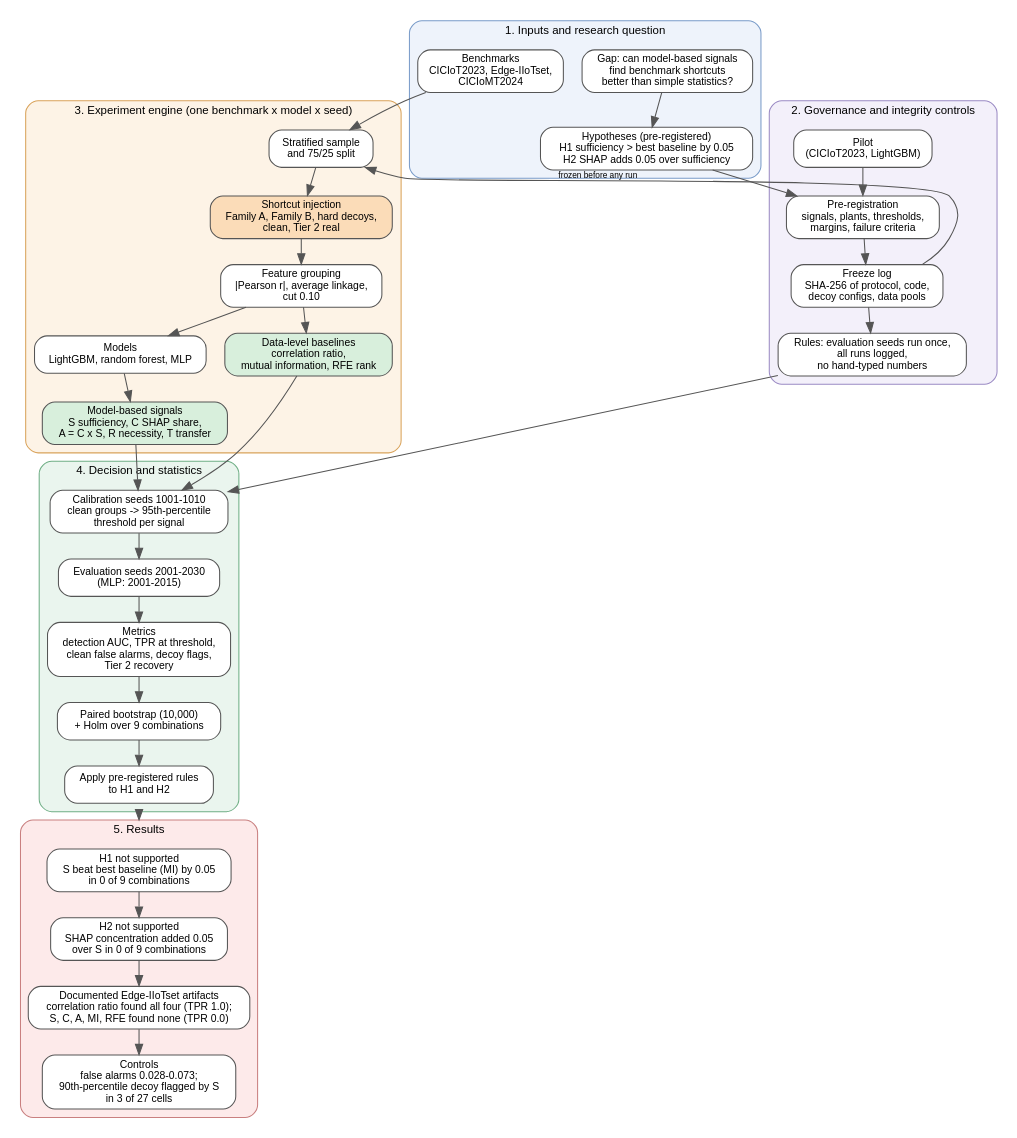
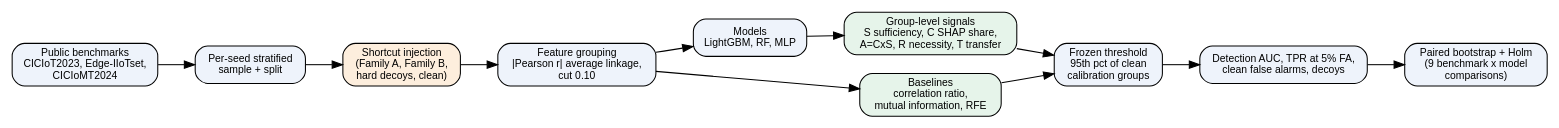
The diagram in figures/fig1_system.dot (Ajay102456/Shortcuts), drawn with Graphviz before and after one commit. The commit also changed 14 other files, not shown here.

Commit message:
Rewrite semicolon and dash sentences in figure and table sources

```diff
--- a/figures/fig1_system.dot
+++ b/figures/fig1_system.dot
@@ -1,47 +1,12 @@
-digraph A{
-rankdir=TB; compound=true; nodesep=0.25; ranksep=0.35; fontname="Helvetica";
-node[shape=box,style="rounded,filled",fontname="Helvetica",fontsize=10,fillcolor="white",color="#555555"];
-edge[fontname="Helvetica",fontsize=8,color="#555555"];
-
-subgraph cluster_in{label="1. Inputs and research question";style="rounded,filled";fillcolor="#eef3fb";color="#7a9cc9";fontsize=11;
- gap[label="Gap: can model-based signals\nfind benchmark shortcuts\nbetter than simple statistics?"];
- hyp[label="Hypotheses (pre-registered)\nH1 sufficiency > best baseline by 0.05\nH2 SHAP adds 0.05 over sufficiency"];
- data[label="Benchmarks\nCICIoT2023, Edge-IIoTset,\nCICIoMT2024"];
- gap->hyp;}
-
-subgraph cluster_gov{label="2. Governance and integrity controls";style="rounded,filled";fillcolor="#f3f0fa";color="#9b8bc4";fontsize=11;
- pilot[label="Pilot\n(CICIoT2023, LightGBM)"];
- prereg[label="Pre-registration\nsignals, plants, thresholds,\nmargins, failure criteria"];
- freeze[label="Freeze log\nSHA-256 of protocol, code,\ndecoy configs, data pools"];
- once[label="Rules: evaluation seeds run once,\nall runs logged,\nno hand-typed numbers"];
- pilot->prereg->freeze->once;}
-
-subgraph cluster_exp{label="3. Experiment engine (one benchmark x model x seed)";style="rounded,filled";fillcolor="#fdf3e6";color="#d9a35b";fontsize=11;
- samp[label="Stratified sample\nand 75/25 split"];
- plant[label="Shortcut injection\nFamily A, Family B, hard decoys,\nclean, Tier 2 real",fillcolor="#fbdcb8"];
- grp[label="Feature grouping\n|Pearson r|, average linkage,\ncut 0.10"];
- mod[label="Models\nLightGBM, random forest, MLP"];
- sig[label="Model-based signals\nS sufficiency, C SHAP share,\nA = C x S, R necessity, T transfer",fillcolor="#d8efdc"];
- base[label="Data-level baselines\ncorrelation ratio,\nmutual information, RFE rank",fillcolor="#d8efdc"];
- samp->plant->grp->mod->sig; grp->base;}
-
-subgraph cluster_dec{label="4. Decision and statistics";style="rounded,filled";fillcolor="#eaf5ee";color="#6fae85";fontsize=11;
- cal[label="Calibration seeds 1001-1010\nclean groups -> 95th-percentile\nthreshold per signal"];
- evals[label="Evaluation seeds 2001-2030\n(MLP: 2001-2015)"];
- met[label="Metrics\ndetection AUC, TPR at threshold,\nclean false alarms, decoy flags,\nTier 2 recovery"];
- stat[label="Paired bootstrap (10,000)\n+ Holm over 9 combinations"];
- rule[label="Apply pre-registered rules\nto H1 and H2"];
- cal->evals->met->stat->rule;}
-
-subgraph cluster_rep{label="5. Results";style="rounded,filled";fillcolor="#fdeaea";color="#c98080";fontsize=11;
- r1[label="H1 not supported\nS beat best baseline (MI) by 0.05\nin 0 of 9 combinations"];
- r2[label="H2 not supported\nSHAP concentration added 0.05\nover S in 0 of 9 combinations"];
- r3[label="Documented Edge-IIoTset artifacts\ncorrelation ratio found all four (TPR 1.0);\nS, C, A, MI, RFE found none (TPR 0.0)"];
- r4[label="Controls\nfalse alarms 0.028-0.073;\n90th-percentile decoy flagged by S\nin 3 of 27 cells"];
- r1->r2->r3->r4;}
-
-hyp->prereg; data->samp; once->cal[constraint=false]; 
-freeze->samp[xlabel="frozen before any run",constraint=false];
-sig->cal; base->cal; 
-rule->r1[ltail=cluster_dec,lhead=cluster_rep];
-}
+digraph G{rankdir=LR;node[shape=box,style="rounded,filled",fillcolor="#eef3fb",fontname="Helvetica",fontsize=10];edge[fontname="Helvetica",fontsize=8];
+raw[label="Public benchmarks\nCICIoT2023, Edge-IIoTset,\nCICIoMT2024"];pool[label="Per-seed stratified\nsample + split"];
+plant[label="Shortcut injection\n(Family A, Family B,\nhard decoys, clean)",fillcolor="#fdeedd"];
+grp[label="Feature grouping\n|Pearson r| average linkage,\ncut 0.10"];
+mod[label="Models\nLightGBM, RF, MLP"];
+sig[label="Group-level signals\nS sufficiency, C SHAP share,\nA=CxS, R necessity, T transfer",fillcolor="#e6f4ea"];
+base[label="Baselines\ncorrelation ratio,\nmutual information, RFE",fillcolor="#e6f4ea"];
+thr[label="Frozen threshold\n95th pct of clean\ncalibration groups"];
+ev[label="Detection AUC, TPR at 5% FA,\nclean false alarms, decoys"];
+st[label="Paired bootstrap + Holm\n(9 benchmark x model\ncomparisons)"];
+raw->pool->plant->grp->mod->sig;grp->base;sig->thr;base->thr;thr->ev->st;
+{rank=same;sig;base}}
```
